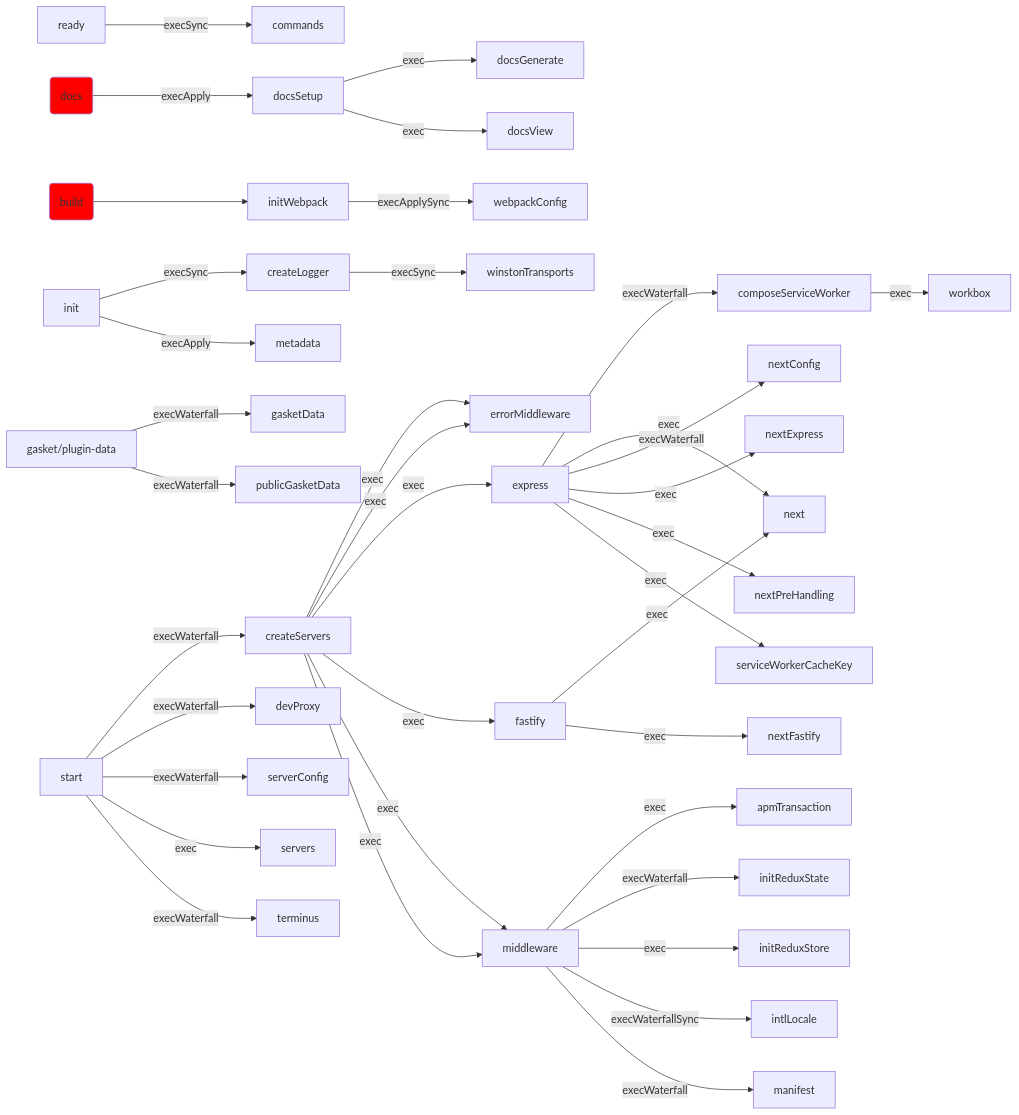
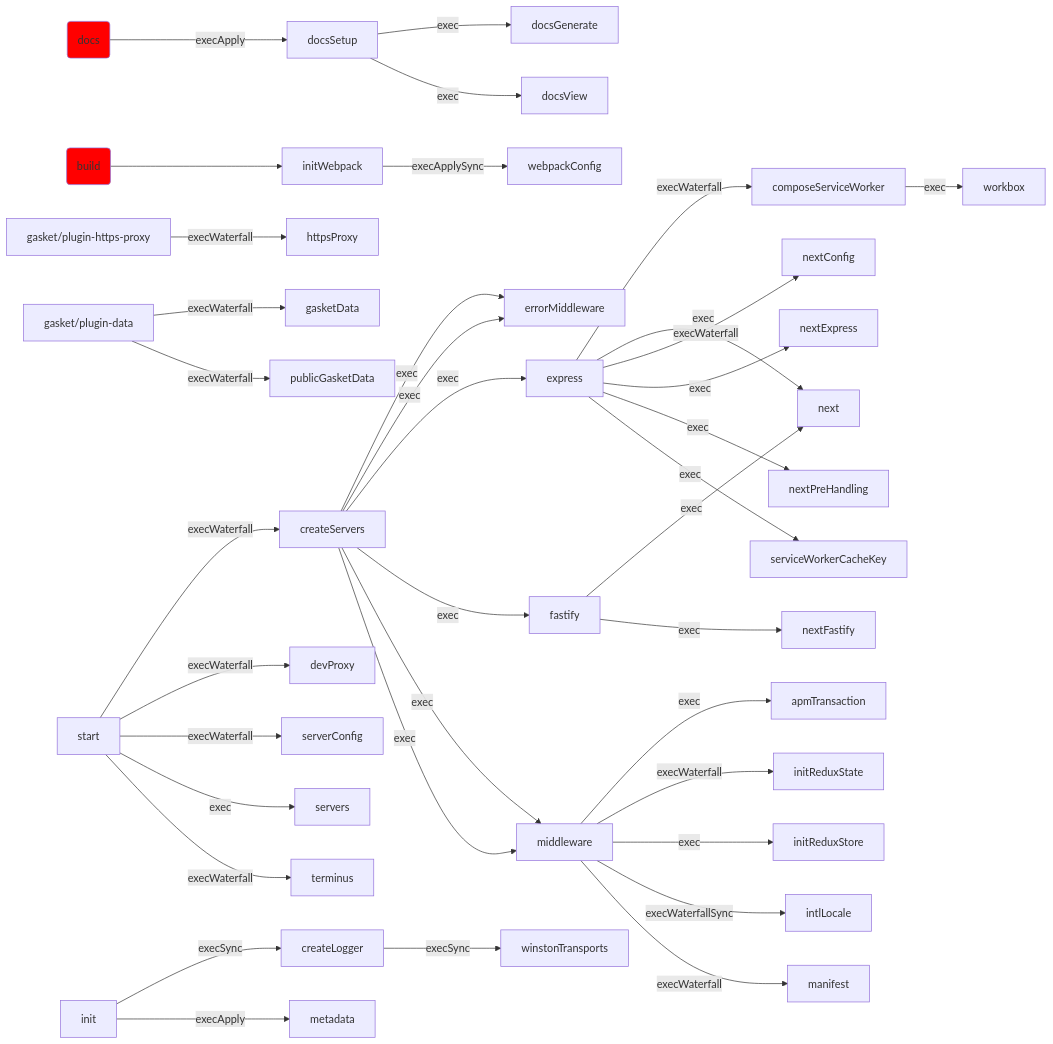
Before and after one commit to godaddy/gasket: the diagram in docs/generated-docs/lifecycle-graphs.md, drawn with Mermaid. The commit also changed 2 other files, not shown here.

Commit message:
fix: generate docs command

````diff
--- a/docs/generated-docs/lifecycle-graphs.md
+++ b/docs/generated-docs/lifecycle-graphs.md
@@ -1,41 +1,41 @@
 ```mermaid
 graph LR;
 middleware -- exec --> apmTransaction;
-ready -- execSync --> commands;
 express -- execWaterfall --> composeServiceWorker;
 init -- execSync --> createLogger;
 start -- execWaterfall --> createServers;
 start -- execWaterfall --> devProxy;
 docsSetup -- exec --> docsGenerate;
 docs-cmd(docs) -- execApply --> docsSetup;
 docsSetup -- exec --> docsView;
 createServers -- exec --> errorMiddleware;
 createServers -- exec --> errorMiddleware;
 createServers -- exec --> express;
 createServers -- exec --> fastify;
 gasket/plugin-data -- execWaterfall --> gasketData;
+gasket/plugin-https-proxy -- execWaterfall --> httpsProxy;
 middleware -- execWaterfall --> initReduxState;
 middleware -- exec --> initReduxStore;
 build-cmd(build) --> initWebpack;
 middleware -- execWaterfallSync --> intlLocale;
 middleware -- execWaterfall --> manifest;
 init -- execApply --> metadata;
 createServers -- exec --> middleware;
 createServers -- exec --> middleware;
 express -- exec --> next;
 fastify -- exec --> next;
 express -- execWaterfall --> nextConfig;
 express -- exec --> nextExpress;
 fastify -- exec --> nextFastify;
 express -- exec --> nextPreHandling;
 gasket/plugin-data -- execWaterfall --> publicGasketData;
 start -- execWaterfall --> serverConfig;
 start -- exec --> servers;
 express -- exec --> serviceWorkerCacheKey;
 start -- execWaterfall --> terminus;
 initWebpack -- execApplySync --> webpackConfig;
 createLogger -- execSync --> winstonTransports;
 composeServiceWorker -- exec --> workbox;
 style docs-cmd fill: red;
 style build-cmd fill: red;
 ```
````
